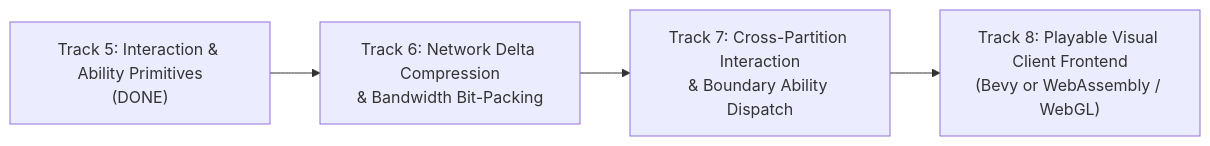
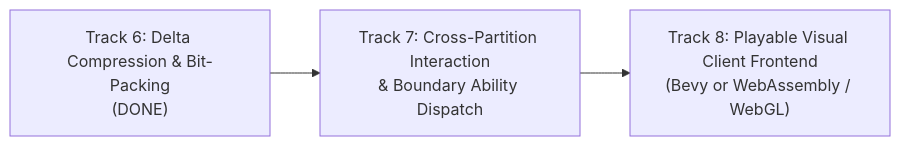
Before and after one commit to Jakousa/rust-server: the diagram in ROADMAP.md, drawn with Mermaid. The commit also changed other lines of this file and 19 other files, not shown here.

First line of the commit message:
feat(network): implement delta compression and bandwidth bit-packing (Track 6) (#5)

````diff
--- a/ROADMAP.md
+++ b/ROADMAP.md
@@ -73,6 +80,5 @@
 ```mermaid
 flowchart LR
-    T5["Track 5: Interaction & Ability Primitives\n(DONE)"] --> T6["Track 6: Network Delta Compression\n& Bandwidth Bit-Packing"]
-    T6 --> T7["Track 7: Cross-Partition Interaction\n& Boundary Ability Dispatch"]
+    T6["Track 6: Delta Compression & Bit-Packing\n(DONE)"] --> T7["Track 7: Cross-Partition Interaction\n& Boundary Ability Dispatch"]
     T7 --> T8["Track 8: Playable Visual Client Frontend\n(Bevy or WebAssembly / WebGL)"]
 ```
````
